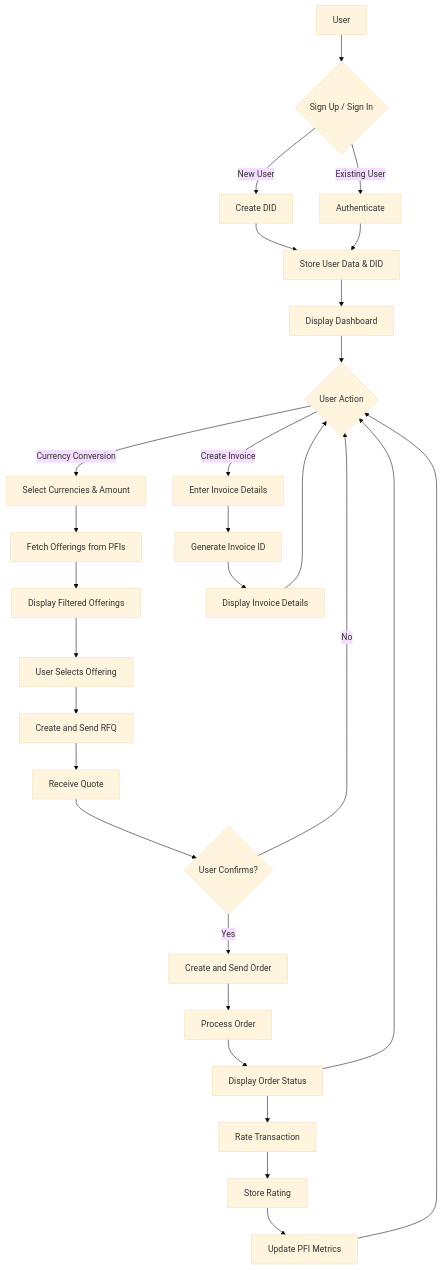
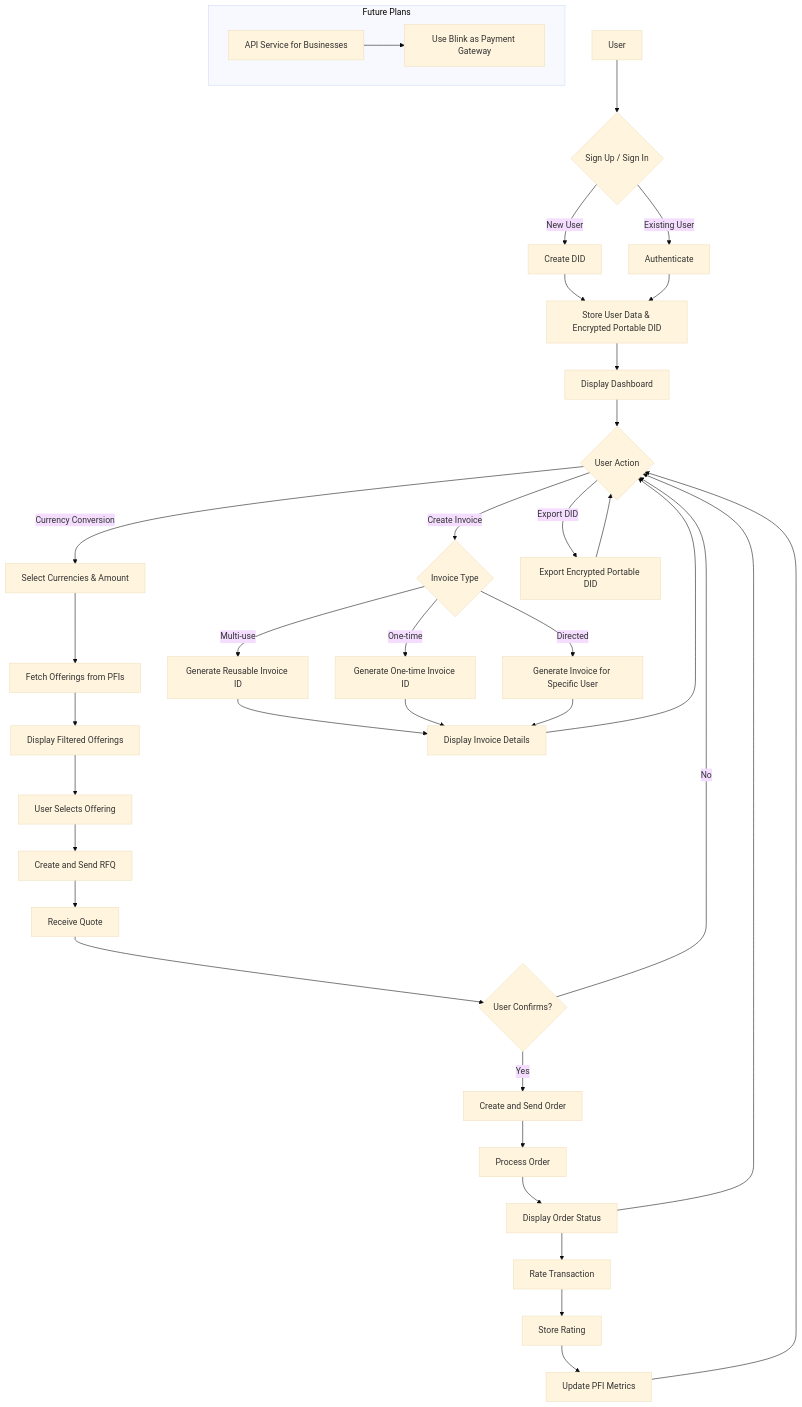
One commit to kufre19/blink changed the diagram in README.md. Above: the diagram before and after it, drawn with Mermaid (base theme).

````diff
--- a/README.md
+++ b/README.md
@@ -15,36 +15,48 @@
 ```mermaid
 flowchart TD
     A[User] --> B{Sign Up / Sign In}
     B -->|New User| C[Create DID]
     B -->|Existing User| D[Authenticate]
-    C --> E[Store User Data & DID]
+    C --> E[Store User Data & Encrypted Portable DID]
     D --> E
     E --> F[Display Dashboard]
 
     F --> G{User Action}
     G -->|Currency Conversion| H[Select Currencies & Amount]
-    G -->|Create Invoice| R[Enter Invoice Details]
+    G -->|Create Invoice| R{Invoice Type}
+    G -->|Export DID| X[Export Encrypted Portable DID]
 
     H --> I[Fetch Offerings from PFIs]
     I --> J[Display Filtered Offerings]
     J --> K[User Selects Offering]
     K --> L[Create and Send RFQ]
     L --> M[Receive Quote]
     M --> N{User Confirms?}
     N -->|Yes| O[Create and Send Order]
     N -->|No| G
     O --> P[Process Order]
     P --> Q[Display Order Status]
     Q --> S[Rate Transaction]
 
-    R --> T[Generate Invoice ID]
-    T --> U[Display Invoice Details]
+    R -->|Multi-use| T1[Generate Reusable Invoice ID]
+    R -->|One-time| T2[Generate One-time Invoice ID]
+    R -->|Directed| T3[Generate Invoice for Specific User]
+    T1 --> U[Display Invoice Details]
+    T2 --> U
+    T3 --> U
 
     S --> V[Store Rating]
     V --> W[Update PFI Metrics]
 
     Q --> G
     U --> G
     W --> G
+    X --> G
 
+    subgraph Future Plans
+        Y[API Service for Businesses]
+        Z[Use Blink as Payment Gateway]
+    end
+
+    Y --> Z
 ```
````
